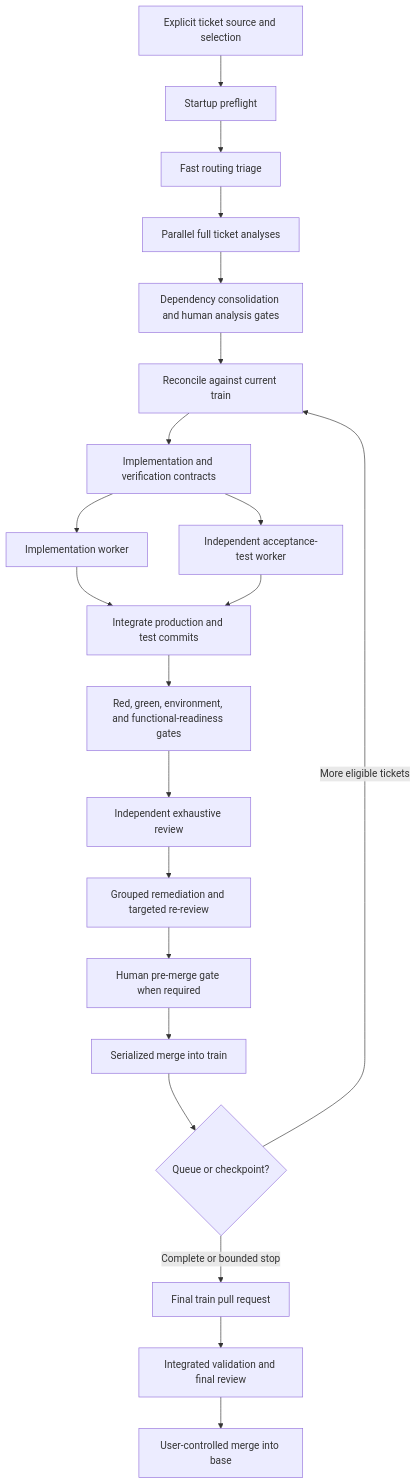
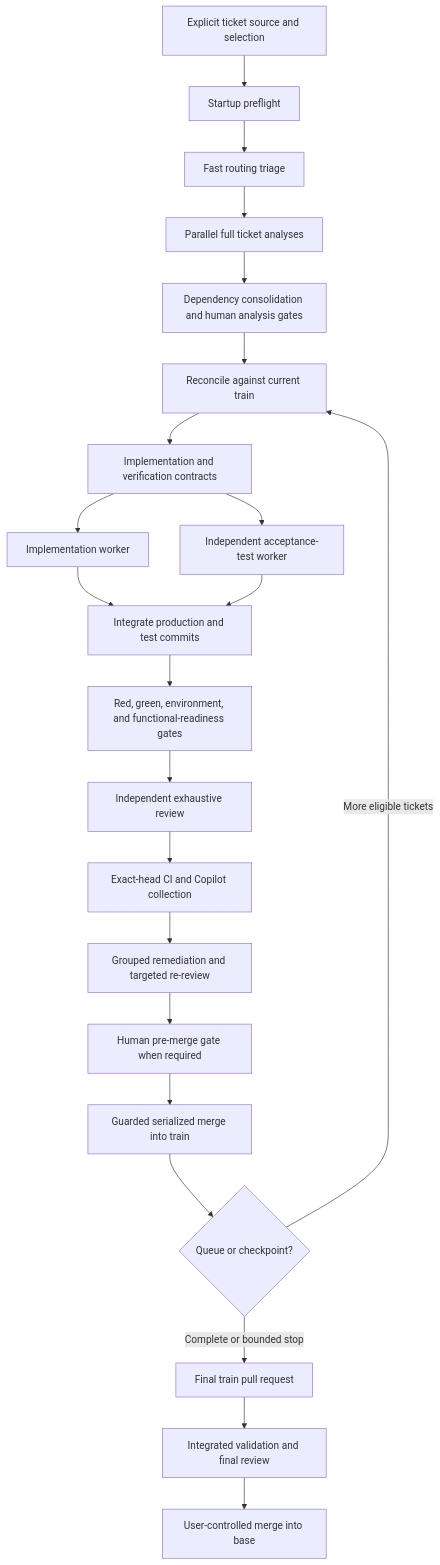
Before and after one commit to Maugrey/ticket-train: the diagram in README.md, drawn with Mermaid. The commit also changed other lines of this file and 22 other files, not shown here.

````diff
--- a/README.md
+++ b/README.md
@@ -141,23 +148,24 @@
 ```mermaid
 flowchart TD
     A[Explicit ticket source and selection] --> B[Startup preflight]
     B --> C[Fast routing triage]
     C --> D[Parallel full ticket analyses]
     D --> E[Dependency consolidation and human analysis gates]
     E --> F[Reconcile against current train]
     F --> G[Implementation and verification contracts]
     G --> H1[Implementation worker]
     G --> H2[Independent acceptance-test worker]
     H1 --> I[Integrate production and test commits]
     H2 --> I
     I --> J[Red, green, environment, and functional-readiness gates]
     J --> K[Independent exhaustive review]
-    K --> L[Grouped remediation and targeted re-review]
-    L --> M[Human pre-merge gate when required]
-    M --> N[Serialized merge into train]
-    N --> O{Queue or checkpoint?}
+    K --> L[Exact-head CI and Copilot collection]
+    L --> M[Grouped remediation and targeted re-review]
+    M --> N[Human pre-merge gate when required]
+    N --> N2[Guarded serialized merge into train]
+    N2 --> O{Queue or checkpoint?}
     O -->|More eligible tickets| F
     O -->|Complete or bounded stop| P[Final train pull request]
     P --> Q[Integrated validation and final review]
     Q --> R[User-controlled merge into base]
 ```
````
